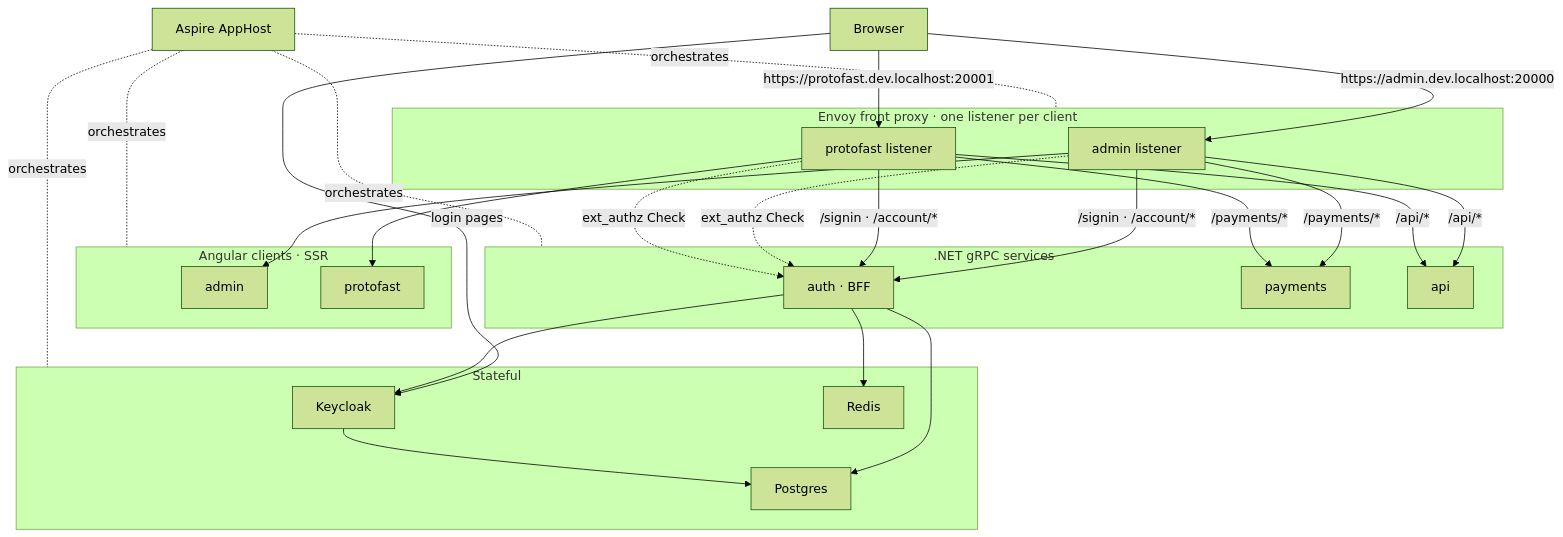
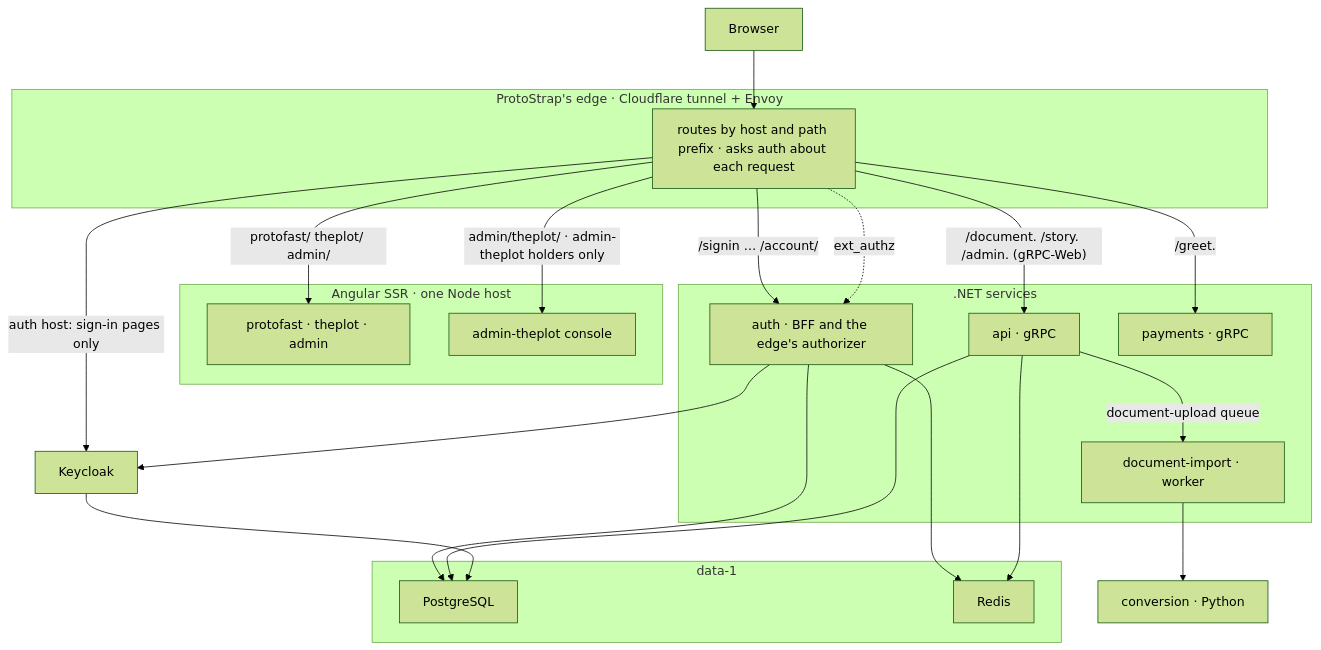
Before and after one commit to duncan-G/ProtoFast: the diagram in README.md, drawn with Mermaid (forest theme). The commit also changed other lines of this file and 445 other files, not shown here.

First line of the commit message:
Move ProtoFast onto ProtoStrap

````diff
--- a/README.md
+++ b/README.md
@@ -5,47 +9,41 @@
 ```mermaid
 graph TD
     Browser["Browser"]
 
-    subgraph Envoy["Envoy front proxy · one listener per client"]
-        LAdmin["admin listener"]
-        LPF["protofast listener"]
+    subgraph Edge["ProtoStrap's edge · Cloudflare tunnel + Envoy"]
+        Routes["routes by host and path prefix · asks auth about each request"]
     end
 
-    subgraph Clients["Angular clients · SSR"]
-        NgAdmin["admin"]
-        NgPF["protofast"]
+    subgraph Clients["Angular SSR · one Node host"]
+        Web["protofast · theplot · admin"]
+        Console["admin-theplot console"]
     end
 
-    subgraph Services[".NET gRPC services"]
-        Auth["auth · BFF"]
-        Payments["payments"]
-        Api["api"]
+    subgraph Services[".NET services"]
+        Auth["auth · BFF and the edge's authorizer"]
+        Api["api · gRPC"]
+        Payments["payments · gRPC"]
+        Import["document-import · worker"]
     end
 
-    subgraph State["Stateful"]
-        KC["Keycloak"]
-        PG["Postgres"]
+    KC["Keycloak"]
+
+    subgraph Stateful["data-1"]
+        PG["PostgreSQL"]
         Redis["Redis"]
     end
 
-    Browser -->|"https://admin.dev.localhost:20000"| LAdmin
-    Browser -->|"https://protofast.dev.localhost:20001"| LPF
-    Browser -->|"login pages"| KC
-
-    LAdmin --> NgAdmin
-    LPF --> NgPF
-    LAdmin & LPF -->|"/signin · /account/*"| Auth
-    LAdmin & LPF -->|"/payments/*"| Payments
-    LAdmin & LPF -->|"/api/*"| Api
-    LAdmin & LPF -.->|"ext_authz Check"| Auth
-
-    Auth --> KC
-    Auth --> Redis
-    Auth --> PG
+    Browser --> Routes
+    Routes -->|"protofast/ theplot/ admin/"| Web
+    Routes -->|"admin/theplot/ · admin-theplot holders only"| Console
+    Routes -->|"/signin … /account/"| Auth
+    Routes -->|"/document. /story. /admin. (gRPC-Web)"| Api
+    Routes -->|"/greet."| Payments
+    Routes -->|"auth host: sign-in pages only"| KC
+    Routes -.->|"ext_authz"| Auth
+    Auth --> KC & Redis & PG
+    Api --> PG & Redis
+    Api -->|"document-upload queue"| Import
+    Import --> Conversion["conversion · Python"]
     KC --> PG
-
-    Aspire["Aspire AppHost"] -.-|orchestrates| Envoy
-    Aspire -.-|orchestrates| Clients
-    Aspire -.-|orchestrates| Services
-    Aspire -.-|orchestrates| State
 ```
````
